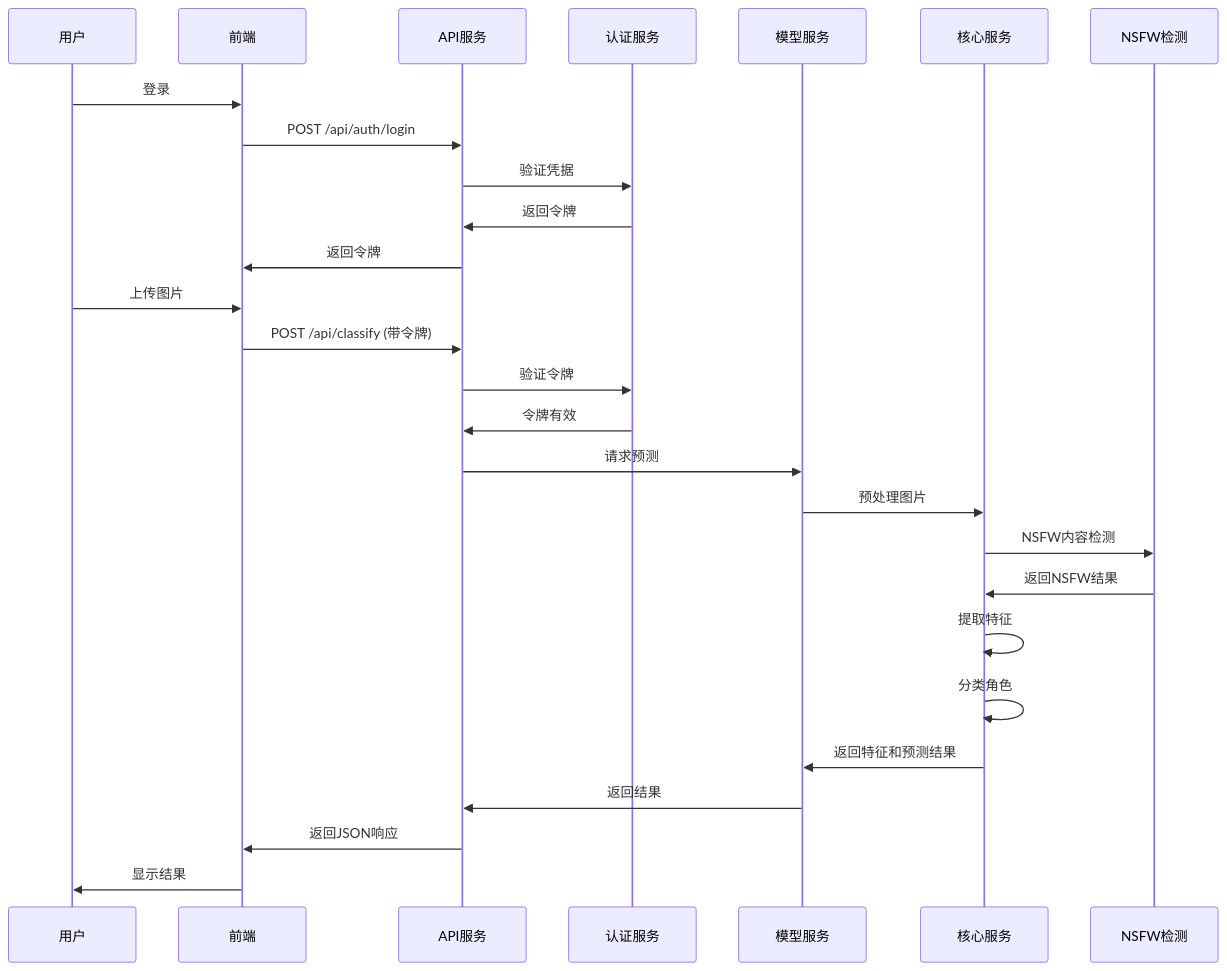
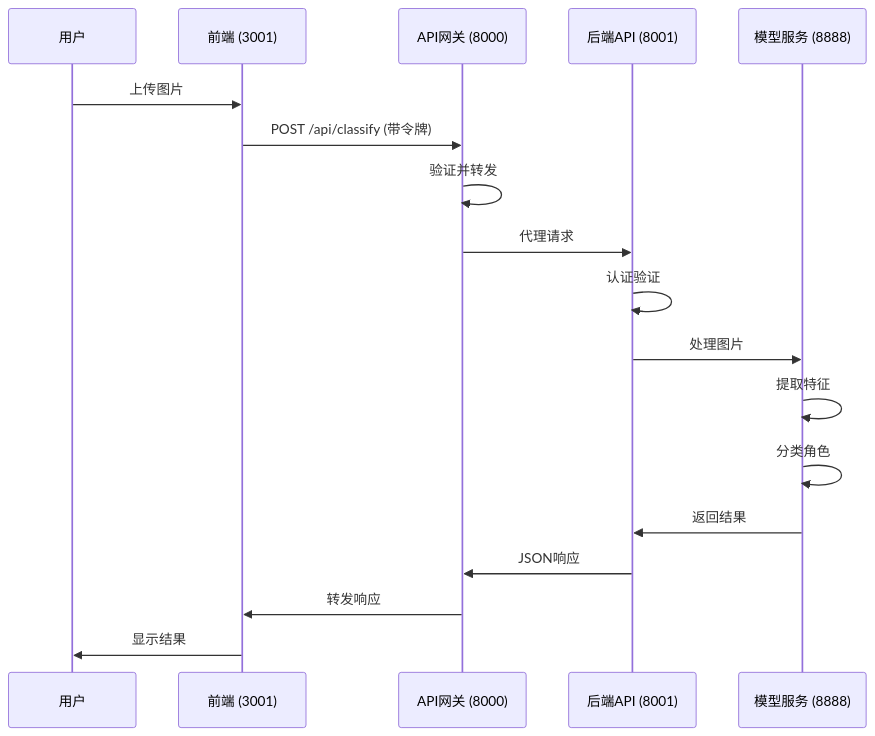
One commit to caozhaoqi/anime_role_detect changed the second of 2 diagrams in README.zh.md. Above: the diagram before and after it, drawn with Mermaid. The commit also changed other lines of this file and 3 other files, not shown here.

````diff
--- a/README.zh.md
+++ b/README.zh.md
@@ -183,31 +184,21 @@
 ```mermaid
 sequenceDiagram
     participant 用户 as 用户
-    participant 前端 as 前端
-    participant API as API服务
-    participant 认证服务 as 认证服务
-    participant 模型服务 as 模型服务
-    participant 核心服务 as 核心服务
-    participant NSFW as NSFW检测
-    
-    用户->>前端: 登录
-    前端->>API: POST /api/auth/login
-    API->>认证服务: 验证凭据
-    认证服务->>API: 返回令牌
-    API->>前端: 返回令牌
-    
+    participant 前端 as 前端 (3001)
+    participant 网关 as API网关 (8000)
+    participant 后端 as 后端API (8001)
+    participant 模型 as 模型服务 (8888)
+
     用户->>前端: 上传图片
-    前端->>API: POST /api/classify (带令牌)
-    API->>认证服务: 验证令牌
-    认证服务->>API: 令牌有效
-    API->>模型服务: 请求预测
-    模型服务->>核心服务: 预处理图片
-    核心服务->>NSFW: NSFW内容检测
-    NSFW->>核心服务: 返回NSFW结果
-    核心服务->>核心服务: 提取特征
-    核心服务->>核心服务: 分类角色
-    核心服务->>模型服务: 返回特征和预测结果
-    模型服务->>API: 返回结果
-    API->>前端: 返回JSON响应
+    前端->>网关: POST /api/classify (带令牌)
+    网关->>网关: 验证并转发
+    网关->>后端: 代理请求
+    后端->>后端: 认证验证
+    后端->>模型: 处理图片
+    模型->>模型: 提取特征
+    模型->>模型: 分类角色
+    模型->>后端: 返回结果
+    后端->>网关: JSON响应
+    网关->>前端: 转发响应
     前端->>用户: 显示结果
 ```
````
